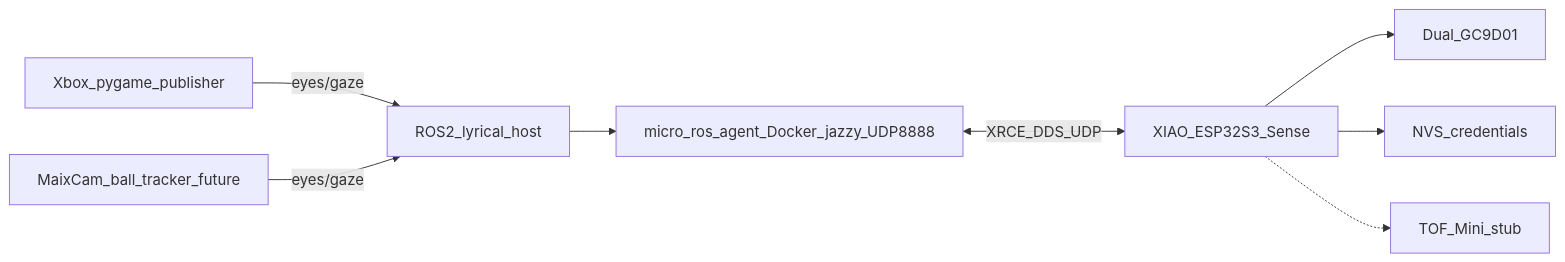
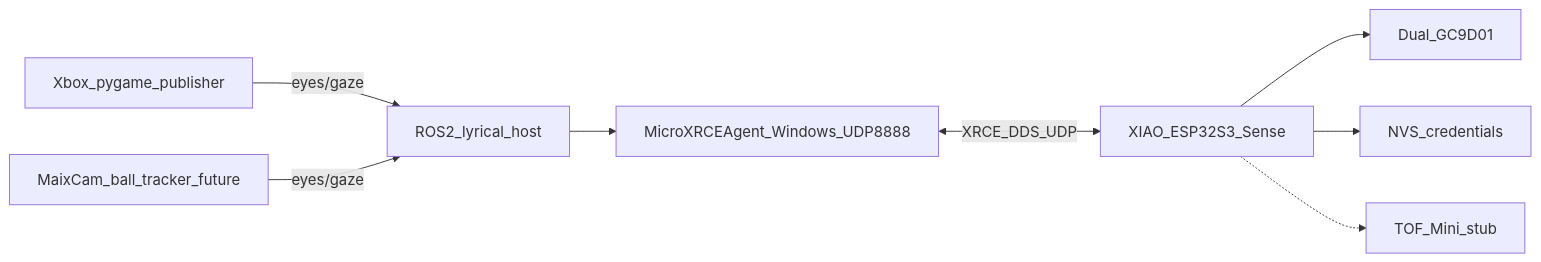
One commit to Nutz95/ROSEyes changed the first of 3 diagrams in docs/ARCHITECTURE.md. Above: the diagram before and after it, drawn with Mermaid. The commit also changed other lines of this file and 23 other files, not shown here.

First line of the commit message:
Use native Windows MicroXRCEAgent and host ROS for gaze/Xbox.

````diff
--- a/docs/ARCHITECTURE.md
+++ b/docs/ARCHITECTURE.md
@@ -5,19 +5,19 @@
 ```mermaid
 flowchart LR
   Xbox[Xbox_pygame_publisher]
   MaixCam[MaixCam_ball_tracker_future]
   HostRos[ROS2_lyrical_host]
-  Agent[micro_ros_agent_Docker_jazzy_UDP8888]
+  Agent[MicroXRCEAgent_Windows_UDP8888]
   Esp[XIAO_ESP32S3_Sense]
   Eyes[Dual_GC9D01]
   Nvs[NVS_credentials]
   Tof[TOF_Mini_stub]
 
   Xbox -->|eyes/gaze| HostRos
   MaixCam -->|eyes/gaze| HostRos
   HostRos --> Agent
   Agent <-->|XRCE_DDS_UDP| Esp
   Esp --> Eyes
   Esp --> Nvs
   Esp -.-> Tof
 ```
````
